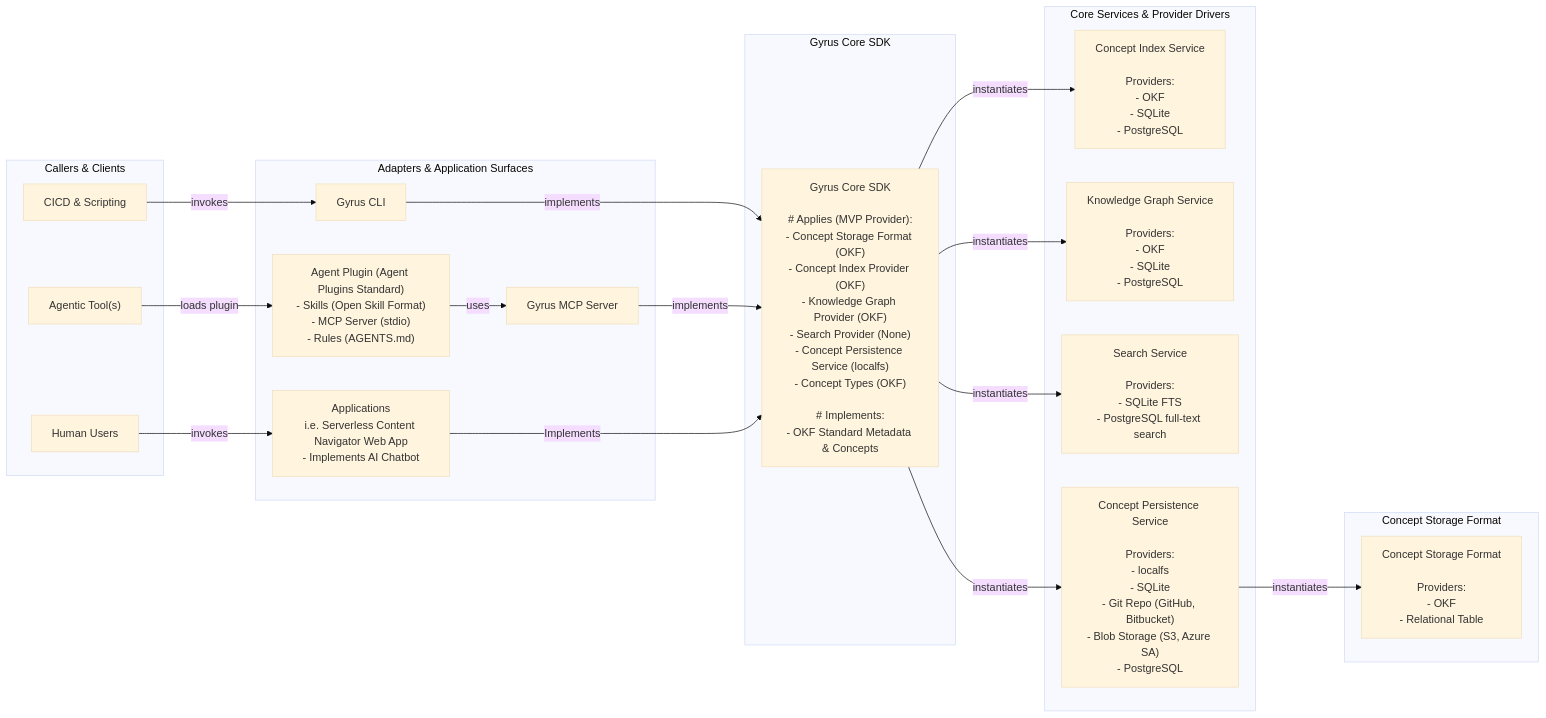
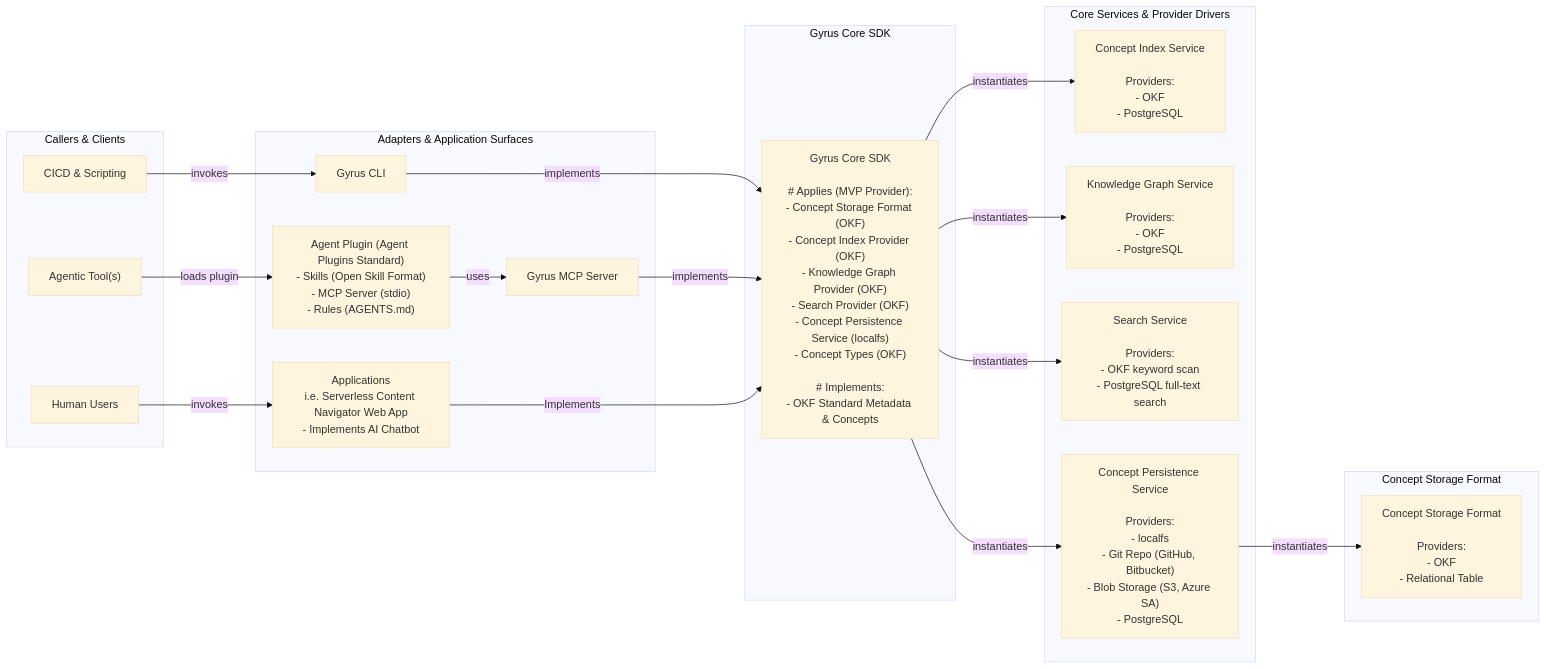
One commit to armckinney/gyrus changed the diagram in README.md. Above: the diagram before and after it, drawn with Mermaid (base theme). The commit also changed other lines of this file and 232 other files, not shown here.

First line of the commit message:
Add okf provider support (#19)

````diff
--- a/README.md
+++ b/README.md
@@ -70,48 +70,48 @@
 ```mermaid
 graph LR
     subgraph Clients ["Callers & Clients"]
         CICD["CICD & Scripting"]
         AgentTools["Agentic Tool(s)"]
         Humans["Human Users"]
     end
 
     subgraph Interface ["Adapters & Application Surfaces"]
         Plugin["Agent Plugin (Agent Plugins Standard)\n- Skills (Open Skill Format)\n- MCP Server (stdio)\n- Rules (AGENTS.md)"]
         CLI["Gyrus CLI"]
         MCP["Gyrus MCP Server"]
         Apps["Applications\ni.e. Serverless Content Navigator Web App\n- Implements AI Chatbot"]
     end
 
     subgraph Core ["Gyrus Core SDK"]
-        CoreSDK["Gyrus Core SDK\n\n# Applies (MVP Provider):\n- Concept Storage Format (OKF)\n- Concept Index Provider (OKF)\n- Knowledge Graph Provider (OKF)\n- Search Provider (None)\n- Concept Persistence Service (localfs)\n- Concept Types (OKF)\n\n# Implements:\n- OKF Standard Metadata & Concepts"]
+        CoreSDK["Gyrus Core SDK\n\n# Applies (MVP Provider):\n- Concept Storage Format (OKF)\n- Concept Index Provider (OKF)\n- Knowledge Graph Provider (OKF)\n- Search Provider (OKF)\n- Concept Persistence Service (localfs)\n- Concept Types (OKF)\n\n# Implements:\n- OKF Standard Metadata & Concepts"]
     end
 
     subgraph Services ["Core Services & Provider Drivers"]
-        IndexSvc["Concept Index Service\n\nProviders:\n- OKF\n- SQLite\n- PostgreSQL"]
-        GraphSvc["Knowledge Graph Service\n\nProviders:\n- OKF\n- SQLite\n- PostgreSQL"]
-        SearchSvc["Search Service\n\nProviders:\n- SQLite FTS\n- PostgreSQL full-text search"]
-        PersistSvc["Concept Persistence Service\n\nProviders:\n- localfs\n- SQLite\n- Git Repo (GitHub, Bitbucket)\n- Blob Storage (S3, Azure SA)\n- PostgreSQL"]
+        IndexSvc["Concept Index Service\n\nProviders:\n- OKF\n- PostgreSQL"]
+        GraphSvc["Knowledge Graph Service\n\nProviders:\n- OKF\n- PostgreSQL"]
+        SearchSvc["Search Service\n\nProviders:\n- OKF keyword scan\n- PostgreSQL full-text search"]
+        PersistSvc["Concept Persistence Service\n\nProviders:\n- localfs\n- Git Repo (GitHub, Bitbucket)\n- Blob Storage (S3, Azure SA)\n- PostgreSQL"]
     end
 
     subgraph Storage ["Concept Storage Format"]
         StorageFmt["Concept Storage Format\n\nProviders:\n- OKF\n- Relational Table"]
     end
 
     %% Client and Adapter Relations
     CICD -->|invokes| CLI
     AgentTools -->|loads plugin| Plugin
     Plugin -->|uses| MCP
     CLI -->|implements| CoreSDK
     MCP -->|implements| CoreSDK
     Humans -->|invokes| Apps
     Apps -->|Implements| CoreSDK
 
     %% Core SDK Services Relations
     CoreSDK -->|instantiates| IndexSvc
     CoreSDK -->|instantiates| GraphSvc
     CoreSDK -->|instantiates| SearchSvc
     CoreSDK -->|instantiates| PersistSvc
 
     %% Persistence to Storage Format
     PersistSvc -->|instantiates| StorageFmt
 ```
````
